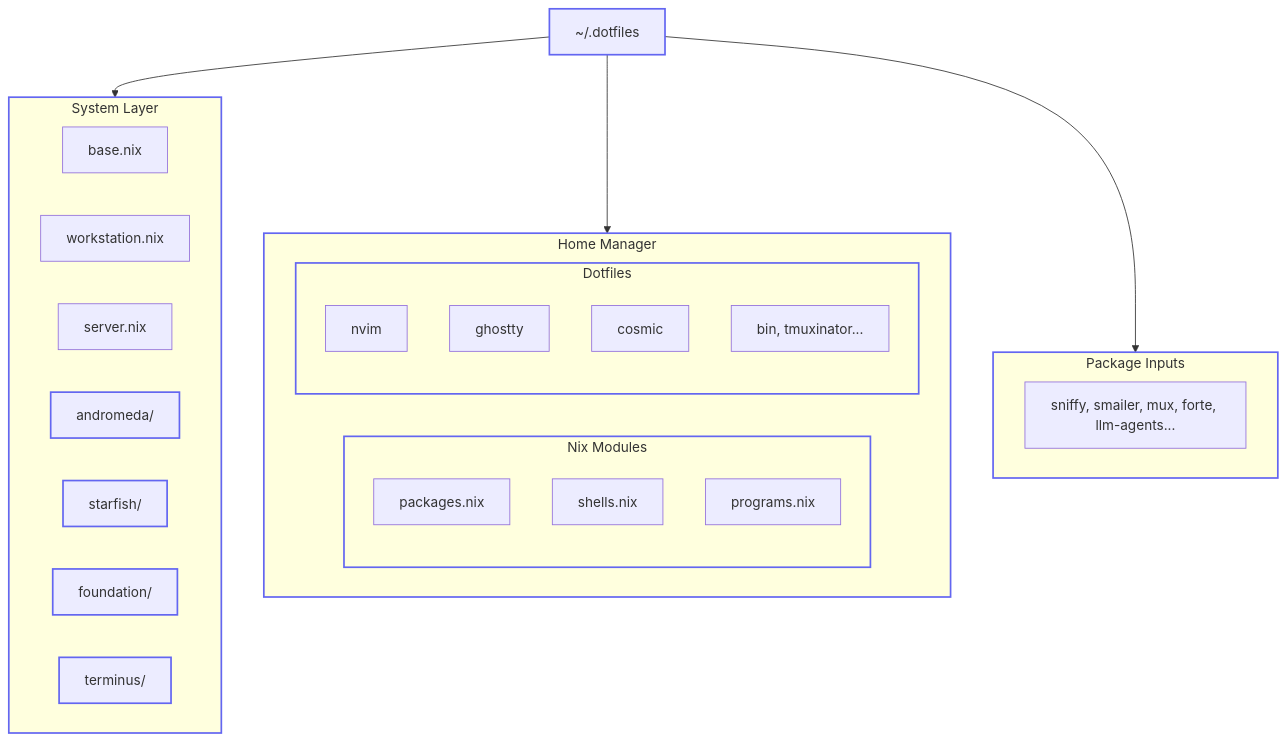
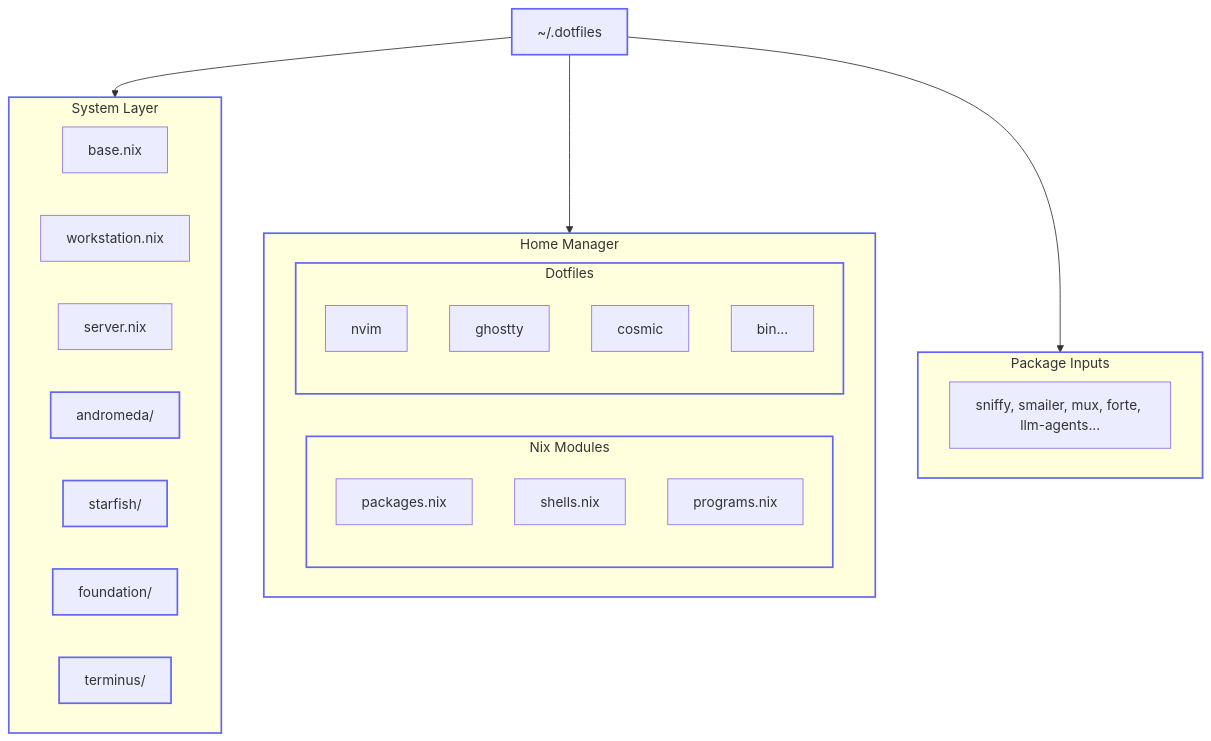
One commit to willfish/nix changed the second of 2 diagrams in README.md. Above: the diagram before and after it, drawn with Mermaid. The commit also changed other lines of this file and 17 other files, not shown here.

````diff
--- a/README.md
+++ b/README.md
@@ -62,37 +62,37 @@
 ```mermaid
 flowchart TD
     ROOT["~/.dotfiles"]
 
     subgraph SYSTEM [System Layer]
         BASE[base.nix]
         WORKSTATION[workstation.nix]
         SERVER[server.nix]
         ANDROMEDA[andromeda/]
         STARFISH[starfish/]
         FOUNDATION[foundation/]
         TERMINUS[terminus/]
     end
 
     subgraph HOME [Home Manager]
         subgraph MODULES [Nix Modules]
             PKGS[packages.nix]
             SHELLS[shells.nix]
             PROGRAMS[programs.nix]
         end
         subgraph CONFIGS [Dotfiles]
             NVIM[nvim]
             GHOSTTY[ghostty]
             COSMIC[cosmic]
-            OTHER[bin, tmuxinator...]
+            OTHER[bin...]
         end
     end
 
     subgraph INPUTS [Package Inputs]
         TOOLS[sniffy, smailer, mux, forte, llm-agents...]
     end
 
     ROOT --> SYSTEM & HOME & INPUTS
 
     classDef box stroke:#6366f1,stroke-width:2px
     class ROOT,SYSTEM,HOME,INPUTS,MODULES,CONFIGS,ANDROMEDA,STARFISH,FOUNDATION,TERMINUS box
 ```
````
